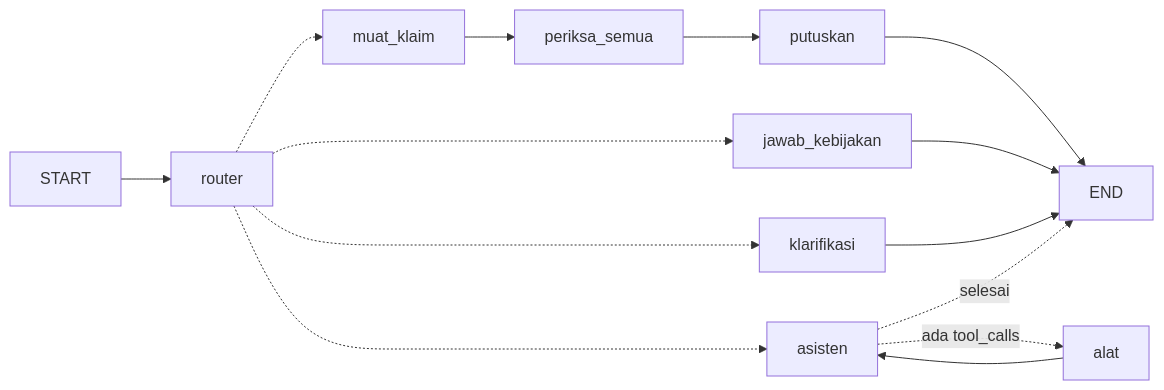
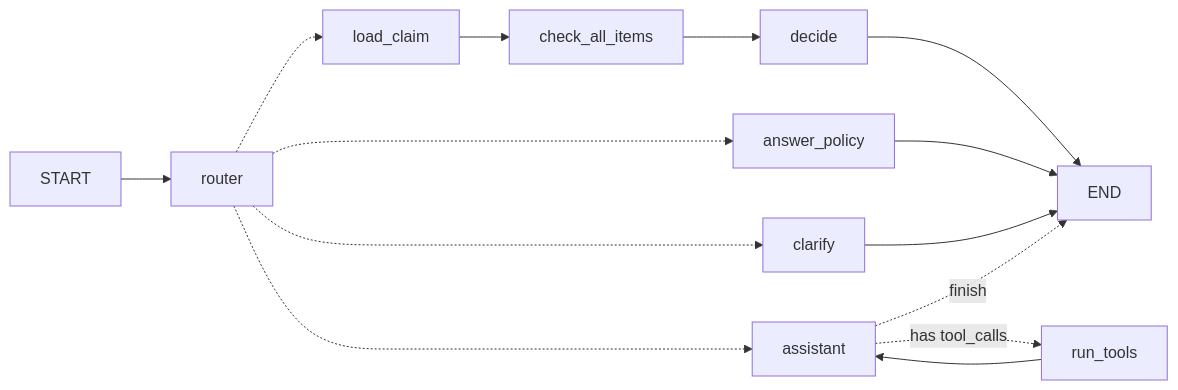
The sixth of 13 diagrams in LAB.md (bilalbayasut/langgraph-klaim-lab), drawn with Mermaid before and after one commit. The commit also changed other lines of this file and 78 other files, not shown here.

````diff
--- a/LAB.md
+++ b/LAB.md
@@ -1475,10 +1477,10 @@
 ```mermaid
 flowchart LR
   START --> router
-  router -.-> muat_klaim --> periksa_semua --> putuskan --> END
-  router -.-> jawab_kebijakan --> END
-  router -.-> klarifikasi --> END
-  router -.-> asisten
-  asisten -.ada tool_calls.-> alat --> asisten
-  asisten -.selesai.-> END
+  router -.-> load_claim --> check_all_items --> decide --> END
+  router -.-> answer_policy --> END
+  router -.-> clarify --> END
+  router -.-> assistant
+  assistant -.has tool_calls.-> run_tools --> assistant
+  assistant -.finish.-> END
 ```
````
